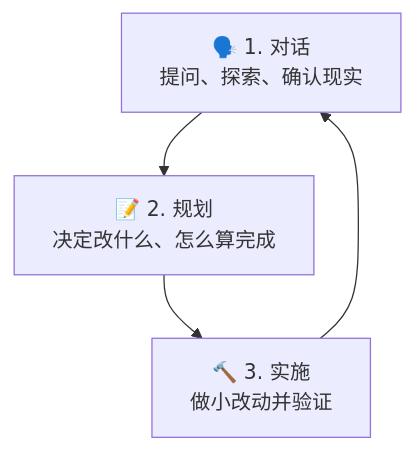
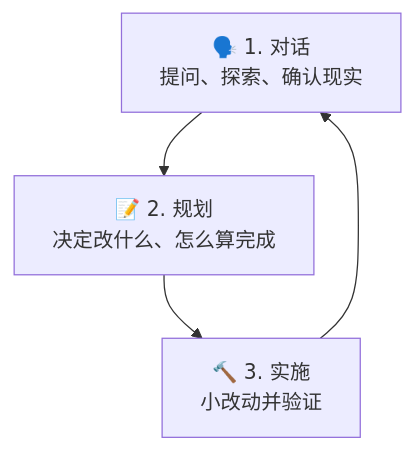
One commit to VanGoghBuilder/opencode-harness-guide changed the diagram in 01-getting-started/README.zh-CN.md. Above: the diagram before and after it, drawn with Mermaid. The commit also changed other lines of this file and 19 other files, not shown here.

````diff
--- a/01-getting-started/README.zh-CN.md
+++ b/01-getting-started/README.zh-CN.md
@@ -37,6 +56,6 @@
 ```mermaid
 graph TD
     A["🗣️ 1. 对话<br/>提问、探索、确认现实"] --> B["📝 2. 规划<br/>决定改什么、怎么算完成"]
-    B --> C["🔨 3. 实施<br/>做小改动并验证"]
+    B --> C["🔨 3. 实施<br/>小改动并验证"]
     C --> A
 ```
````
